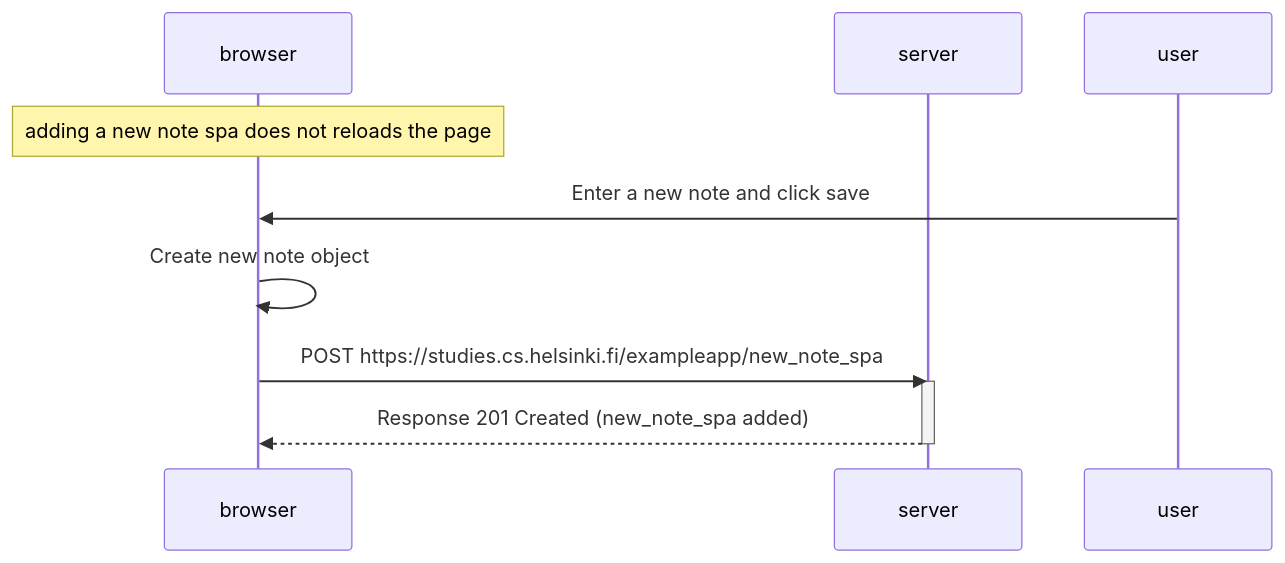
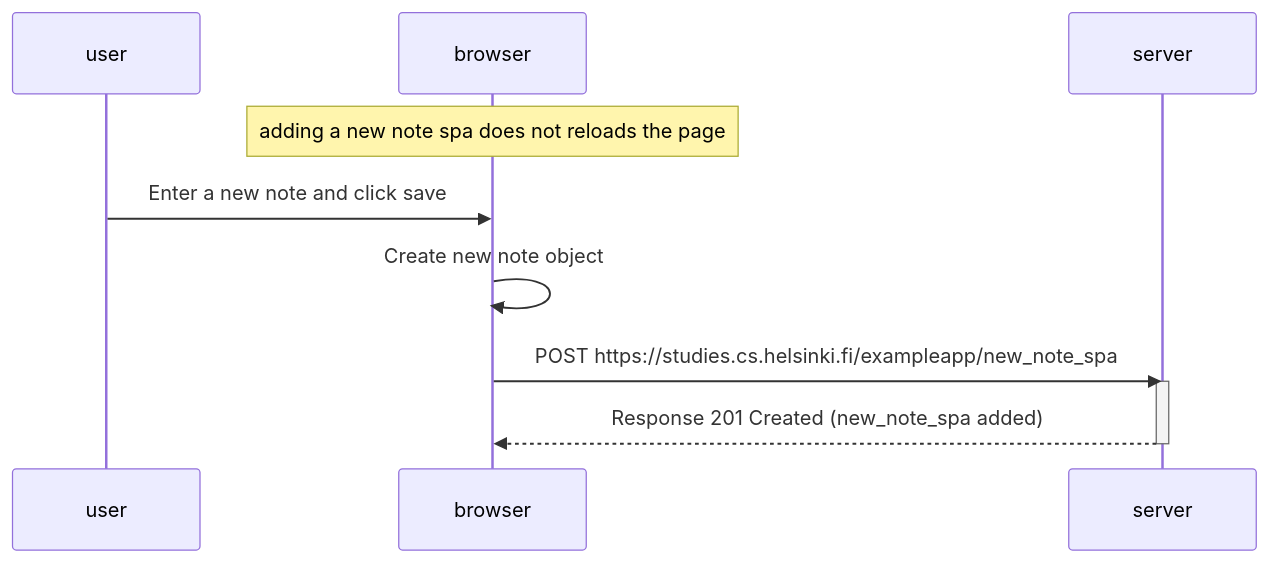
The diagram in part0/0.6.New_note_spa_Single_page_app_diagram/New_note__spa_diagram.md (nkanagno/my-submissions), drawn with Mermaid before and after one commit. The commit also changed other lines of this file, not shown here.

````diff
--- a/part0/0.6.New_note_spa_Single_page_app_diagram/New_note__spa_diagram.md
+++ b/part0/0.6.New_note_spa_Single_page_app_diagram/New_note__spa_diagram.md
@@ -1,16 +1,16 @@
 ```mermaid
 sequenceDiagram
+    participant user
     participant browser
     participant server
-    participant user
 
     Note over browser: adding a new note spa does not reloads the page
     
     user->>browser: Enter a new note and click save
     browser->>browser: Create new note object
     browser->>server: POST https://studies.cs.helsinki.fi/exampleapp/new_note_spa
     activate server
     server-->>browser: Response 201 Created (new_note_spa added)
     deactivate server
 
 ```
````
